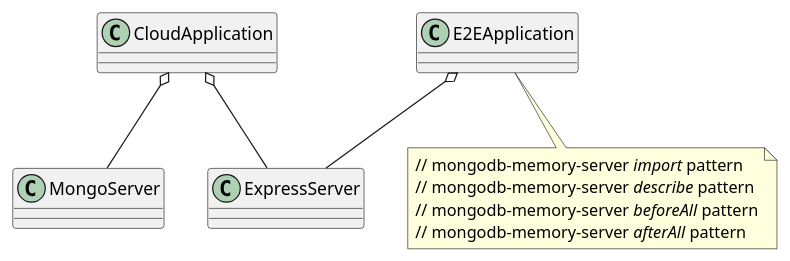
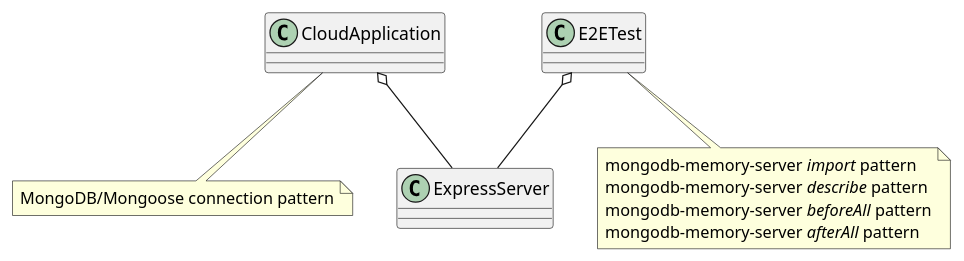
The diagram in documents/e2e/e2e.puml (RodrigoMattosoSilveira/chess-tournament-swiss), drawn with PlantUML before and after one commit. The commit also changed 2 other files, not shown here.

Commit message:
Documentation describing the architecture and sample logic on how to split express and mongo servers to enable in-memory database usage for testing

```diff
--- a/documents/e2e/e2e.puml
+++ b/documents/e2e/e2e.puml
@@ -1,20 +1,22 @@
 @startuml
 'https://plantuml.com/class-diagram
 
 class ExpressServer
-class MongoServer
 
 class CloudApplication
-class E2EApplication
-note bottom of E2EApplication
-     // mongodb-memory-server <i>import</i> pattern
-     // mongodb-memory-server <i>describe</i> pattern
-     // mongodb-memory-server <i>beforeAll</i> pattern
-     // mongodb-memory-server <i>afterAll</i> pattern
+note bottom of CloudApplication
+     MongoDB/Mongoose connection pattern
+end note
+
+class E2ETest
+note bottom of E2ETest
+     mongodb-memory-server <i>import</i> pattern
+     mongodb-memory-server <i>describe</i> pattern
+     mongodb-memory-server <i>beforeAll</i> pattern
+     mongodb-memory-server <i>afterAll</i> pattern
 end note
 
 CloudApplication o-- ExpressServer
-CloudApplication o-- MongoServer
 
-E2EApplication  o-- ExpressServer
+E2ETest  o-- ExpressServer
 @enduml
```
